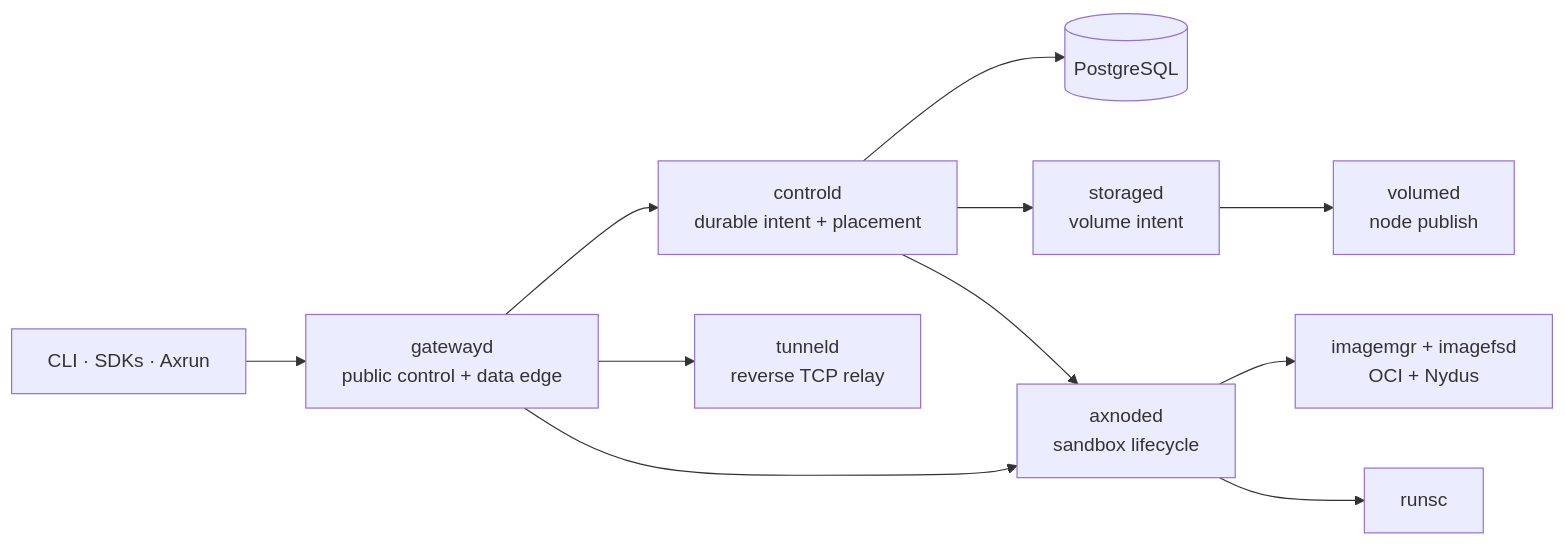
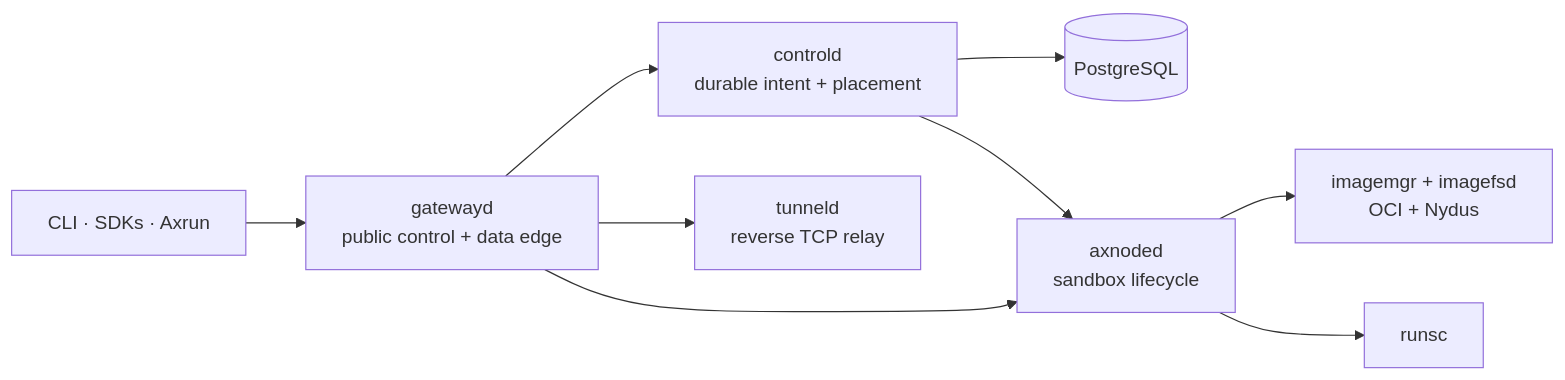
One commit to cofy-x/axern changed the diagram in apps/docs/src/content/docs/architecture/index.md. Above: the diagram before and after it, drawn with Mermaid. The commit also changed other lines of this file and 421 other files, not shown here.

Commit message:
refactor(storage): retire persistent volume subsystem

````diff
--- a/apps/docs/src/content/docs/architecture/index.md
+++ b/apps/docs/src/content/docs/architecture/index.md
@@ -11,13 +11,11 @@
 ```mermaid
 flowchart LR
     Clients["CLI · SDKs · Axrun"] --> Gateway["gatewayd\npublic control + data edge"]
     Gateway --> Control["controld\ndurable intent + placement"]
     Control --> Postgres[(PostgreSQL)]
-    Control --> Storage["storaged\nvolume intent"]
     Control --> Node["axnoded\nsandbox lifecycle"]
     Gateway --> Node
     Gateway --> Tunnel["tunneld\nreverse TCP relay"]
-    Storage --> Volume["volumed\nnode publish"]
     Node --> Image["imagemgr + imagefsd\nOCI + Nydus"]
     Node --> Runtime["runsc"]
 ```
````
